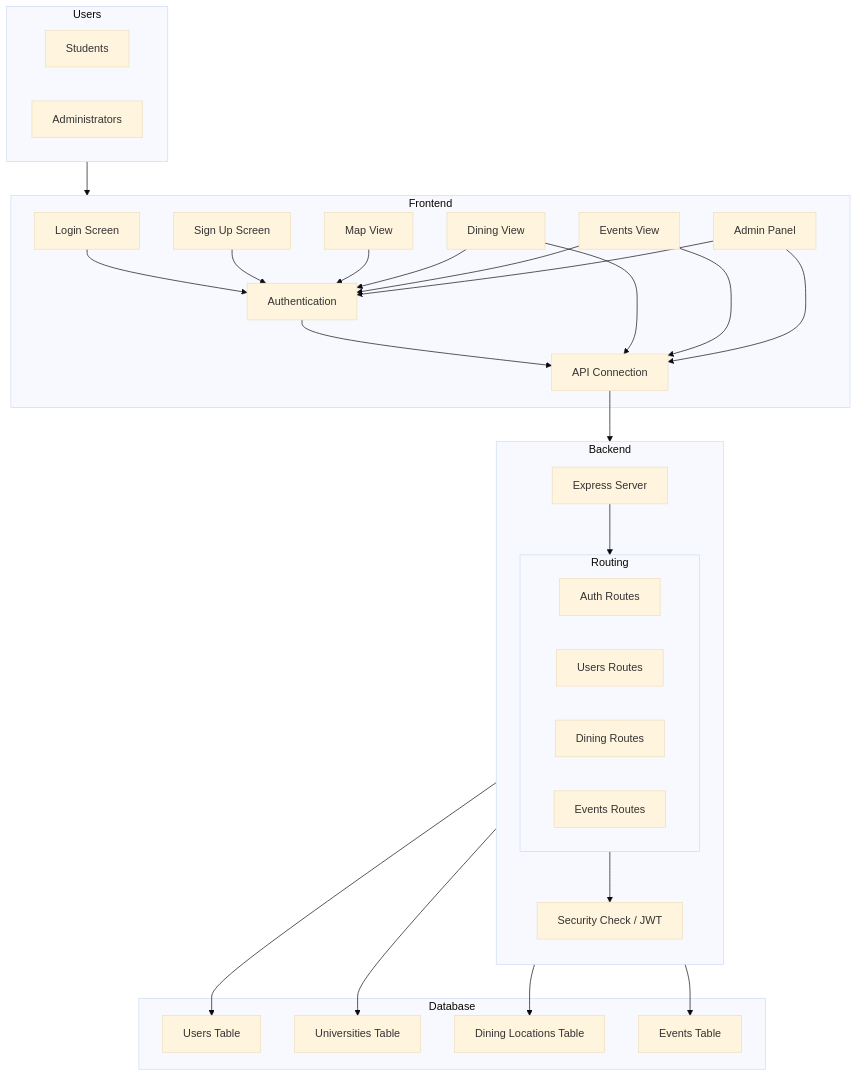
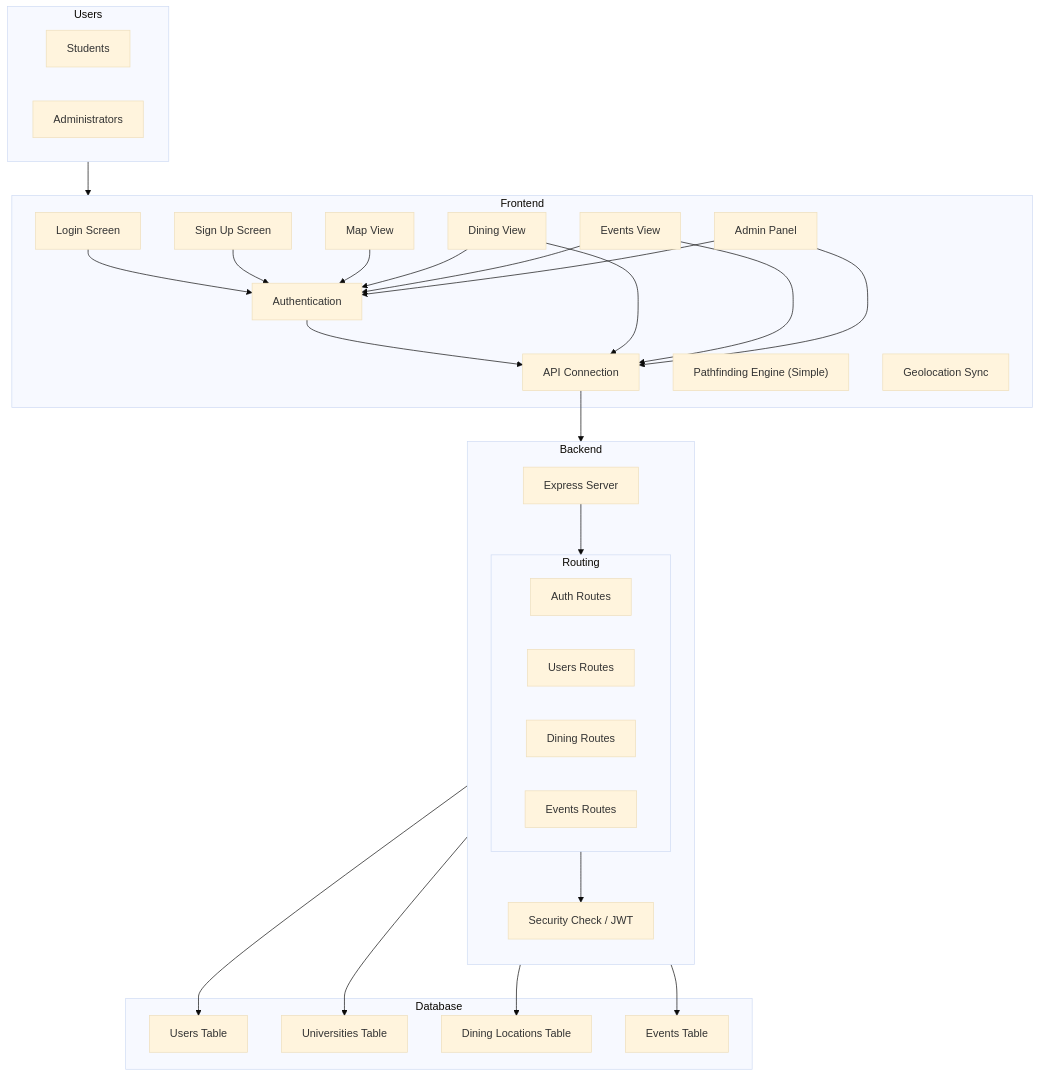
One commit to KabbalahTreeofLife/U-Nav changed the second of 7 diagrams in ARCHITECTURE.md. Above: the diagram before and after it, drawn with Mermaid (base theme). The commit also changed other lines of this file and 43 other files, not shown here.

````diff
--- a/ARCHITECTURE.md
+++ b/ARCHITECTURE.md
@@ -42,61 +42,63 @@
 ```mermaid
 flowchart TB
     subgraph Users
         Student["Students"]
         Admin["Administrators"]
     end
 
     subgraph Frontend
         LoginPage["Login Screen"]
         SignupPage["Sign Up Screen"]
         MapPage["Map View"]
         DiningPage["Dining View"]
         EventsPage["Events View"]
         AdminPage["Admin Panel"]
         Auth["Authentication"]
         API["API Connection"]
+        Pathfinding["Pathfinding Engine (Simple)"]
+        Geo["Geolocation Sync"]
     end
 
     subgraph Backend
         direction TB
         Express["Express Server"]
         subgraph Routing
             direction LR
             AuthRoutes["Auth Routes"]
             UsersRoutes["Users Routes"]
             DiningRoutes["Dining Routes"]
             EventsRoutes["Events Routes"]
         end
         Middleware["Security Check / JWT"]
     end
 
     subgraph Database
         UsersDB["Users Table"]
         UnivDB["Universities Table"]
         DiningDB["Dining Locations Table"]
         EventsDB["Events Table"]
     end
 
     Users --> Frontend
 
     LoginPage --> Auth
     SignupPage --> Auth
     MapPage --> Auth
     DiningPage --> Auth
     EventsPage --> Auth
     AdminPage --> Auth
 
     Auth --> API
     DiningPage --> API
     EventsPage --> API
     AdminPage --> API
 
     API --> Express
     Express --> Routing
     Routing --> Middleware
 
     Middleware --> UsersDB
     Middleware --> UnivDB
     Middleware --> DiningDB
     Middleware --> EventsDB
 ```
````
